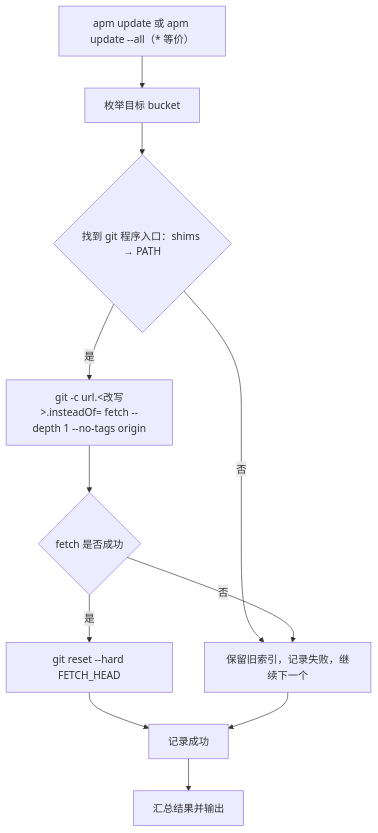
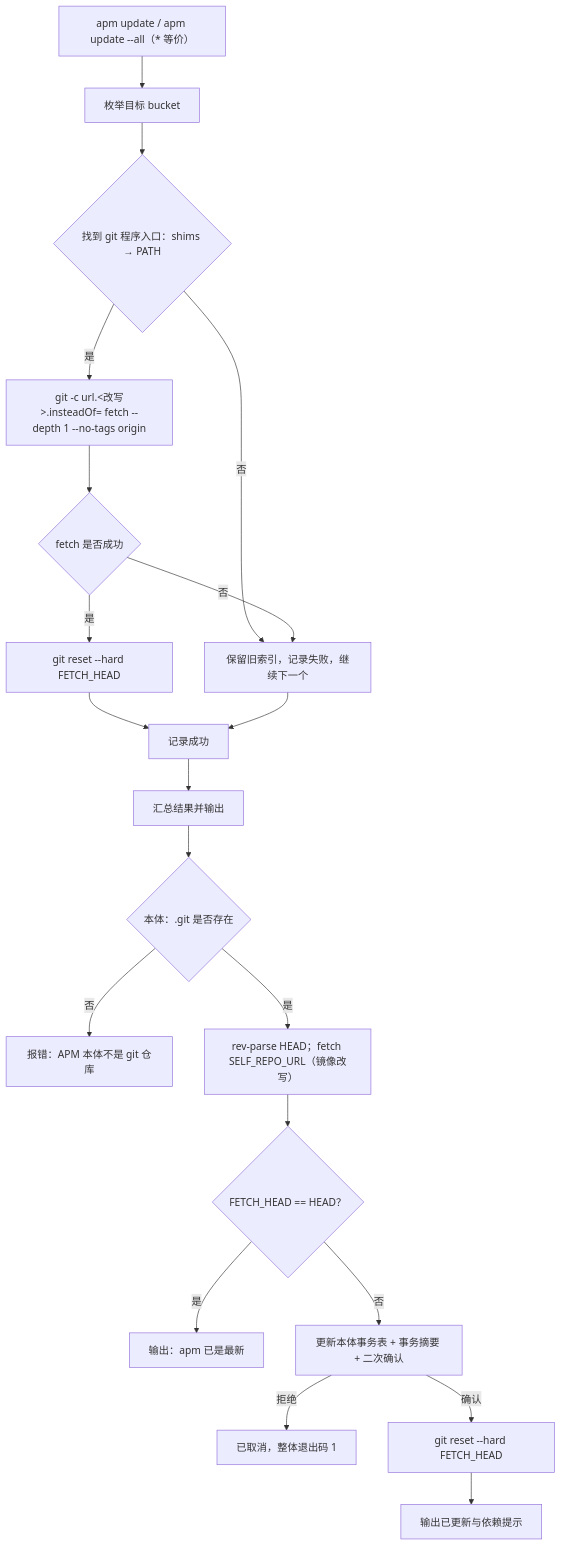
Before and after one commit to Adrts/APM: the third of 14 diagrams in docs/design.md, drawn with Mermaid. The commit also changed other lines of this file and 5 other files, not shown here.

````diff
--- a/docs/design.md
+++ b/docs/design.md
@@ -884,13 +885,22 @@
 ```mermaid
 flowchart TD
-    A["apm update 或 apm update --all（* 等价）"] --> B["枚举目标 bucket"]
+    A["apm update / apm update --all（* 等价）"] --> B["枚举目标 bucket"]
     B --> B0{"找到 git 程序入口：shims → PATH"}
     B0 -->|"否"| F["保留旧索引，记录失败，继续下一个"]
     B0 -->|"是"| C["git -c url.<改写>.insteadOf=<origin> fetch --depth 1 --no-tags origin"]
     C --> D{"fetch 是否成功"}
     D -->|"是"| E["git reset --hard FETCH_HEAD"]
     D -->|"否"| F["保留旧索引，记录失败，继续下一个"]
     E --> G["记录成功"]
     F --> G
     G --> H["汇总结果并输出"]
+    H --> I{"本体：.git 是否存在"}
+    I -->|"否"| IERR["报错：APM 本体不是 git 仓库"]
+    I -->|"是"| J["rev-parse HEAD；fetch SELF_REPO_URL（镜像改写）"]
+    J --> K{"FETCH_HEAD == HEAD？"}
+    K -->|"是"| L["输出：apm 已是最新"]
+    K -->|"否"| M["更新本体事务表 + 事务摘要 + 二次确认"]
+    M -->|"拒绝"| N["已取消，整体退出码 1"]
+    M -->|"确认"| O["git reset --hard FETCH_HEAD"]
+    O --> P["输出已更新与依赖提示"]
 ```
````
